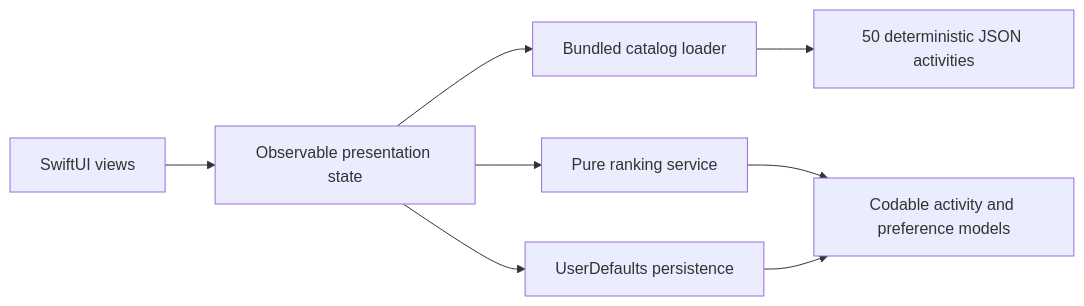
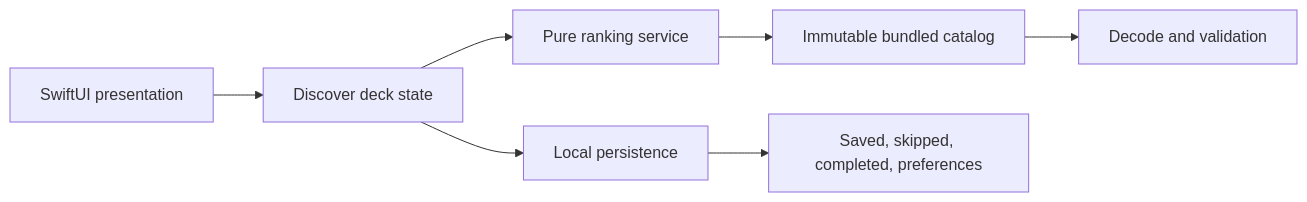
Before and after one commit to TheMarcellVarga/endless-activity: the diagram in docs/PORTFOLIO_CASE_STUDY.md, drawn with Mermaid. The commit also changed other lines of this file and 2 other files, not shown here.

First line of the commit message:
docs: strengthen the Endless Activity portfolio narrative

````diff
--- a/docs/PORTFOLIO_CASE_STUDY.md
+++ b/docs/PORTFOLIO_CASE_STUDY.md
@@ -47,10 +93,9 @@
 ```mermaid
 flowchart LR
-  UI["SwiftUI views"] --> VM["Observable presentation state"]
-  VM --> Catalog["Bundled catalog loader"]
-  VM --> Ranking["Pure ranking service"]
-  VM --> Store["UserDefaults persistence"]
-  Catalog --> JSON["50 deterministic JSON activities"]
-  Ranking --> Models["Codable activity and preference models"]
-  Store --> Models
+  UI["SwiftUI presentation"] --> Deck["Discover deck state"]
+  Deck --> Ranker["Pure ranking service"]
+  Deck --> Store["Local persistence"]
+  Ranker --> Catalog["Immutable bundled catalog"]
+  Store --> Signals["Saved, skipped, completed, preferences"]
+  Catalog --> Loader["Decode and validation"]
 ```
````
